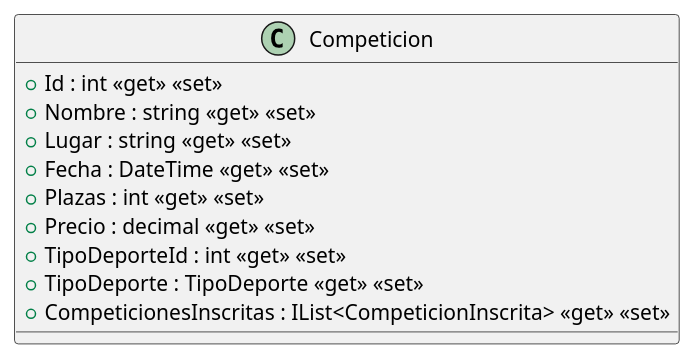
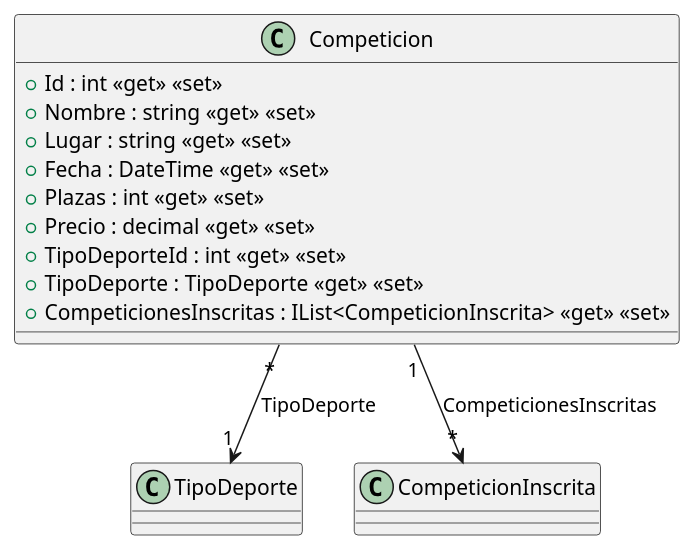
The diagram in src/AppForSEII.API/ClassDiagram/Competicion.puml (ISII26-27RJD/ISII2627-RDJ), drawn with PlantUML before and after one commit. The commit also changed 7 other files, not shown here.

Commit message:
Constructores añadidos asi como archivos .puml para el diagrama de clases del caso de uso inscribirse a una competicion.

```diff
--- a/src/AppForSEII.API/ClassDiagram/Competicion.puml
+++ b/src/AppForSEII.API/ClassDiagram/Competicion.puml
@@ -1,13 +1,17 @@
 @startuml
 class Competicion {
     + Id : int <<get>> <<set>>
     + Nombre : string <<get>> <<set>>
     + Lugar : string <<get>> <<set>>
     + Fecha : DateTime <<get>> <<set>>
     + Plazas : int <<get>> <<set>>
     + Precio : decimal <<get>> <<set>>
     + TipoDeporteId : int <<get>> <<set>>
     + TipoDeporte : TipoDeporte <<get>> <<set>>
     + CompeticionesInscritas : IList<CompeticionInscrita> <<get>> <<set>>
 }
+
+Competicion "*" --> "1" TipoDeporte : TipoDeporte
+Competicion "1" --> "*" CompeticionInscrita : CompeticionesInscritas
+
 @enduml
```
